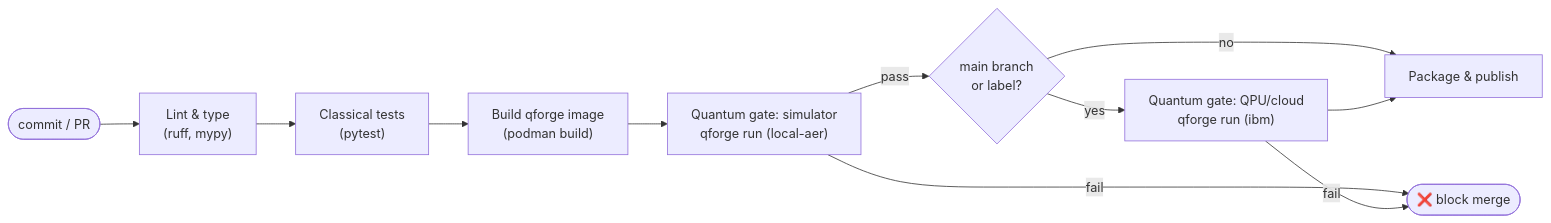
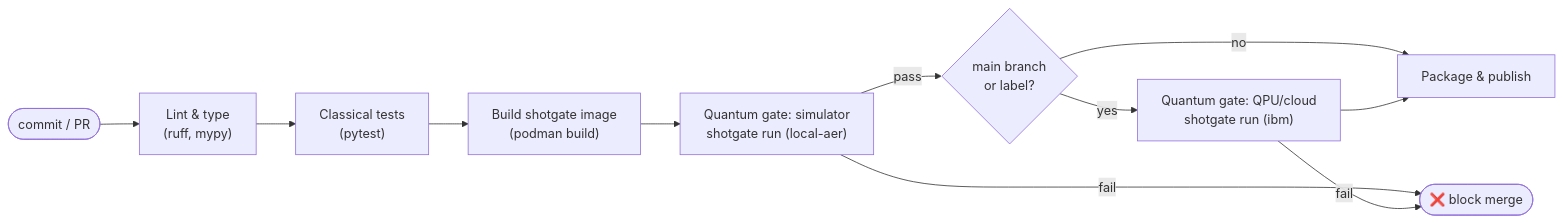
One commit to coldqubit/shotgate changed the first of 3 diagrams in docs/pipeline.md. Above: the diagram before and after it, drawn with Mermaid. The commit also changed other lines of this file and 66 other files, not shown here.

First line of the commit message:
feat: harden for adoption — rename to shotgate, ship GHCR image, multi-CI, IBM path

````diff
--- a/docs/pipeline.md
+++ b/docs/pipeline.md
@@ -11,13 +11,13 @@
 ```mermaid
 flowchart LR
     dev([commit / PR]) --> lint["Lint & type<br/>(ruff, mypy)"]
     lint --> ct["Classical tests<br/>(pytest)"]
-    ct --> build["Build qforge image<br/>(podman build)"]
-    build --> sim["Quantum gate: simulator<br/>qforge run (local-aer)"]
+    ct --> build["Build shotgate image<br/>(podman build)"]
+    build --> sim["Quantum gate: simulator<br/>shotgate run (local-aer)"]
     sim -->|pass| qpu{"main branch<br/>or label?"}
-    qpu -->|yes| real["Quantum gate: QPU/cloud<br/>qforge run (ibm)"]
+    qpu -->|yes| real["Quantum gate: QPU/cloud<br/>shotgate run (ibm)"]
     qpu -->|no| pkg
     real --> pkg["Package & publish"]
     sim -->|fail| stop([❌ block merge])
     real -->|fail| stop
 ```
````
